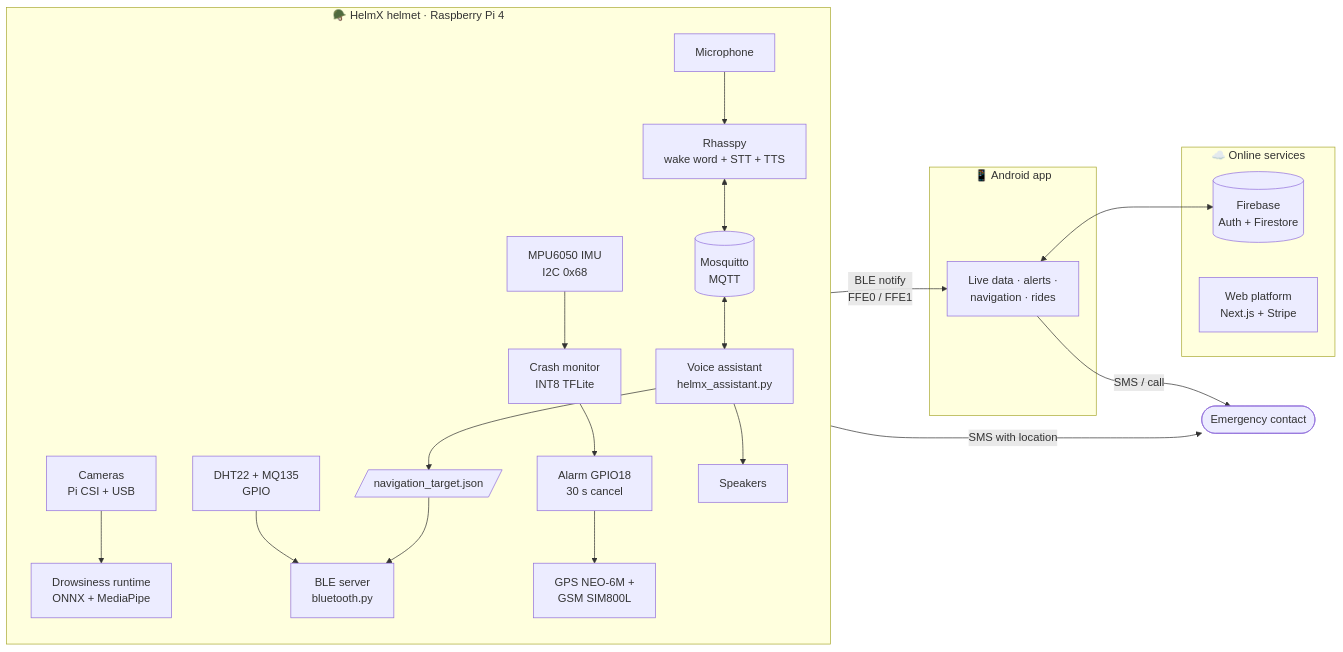
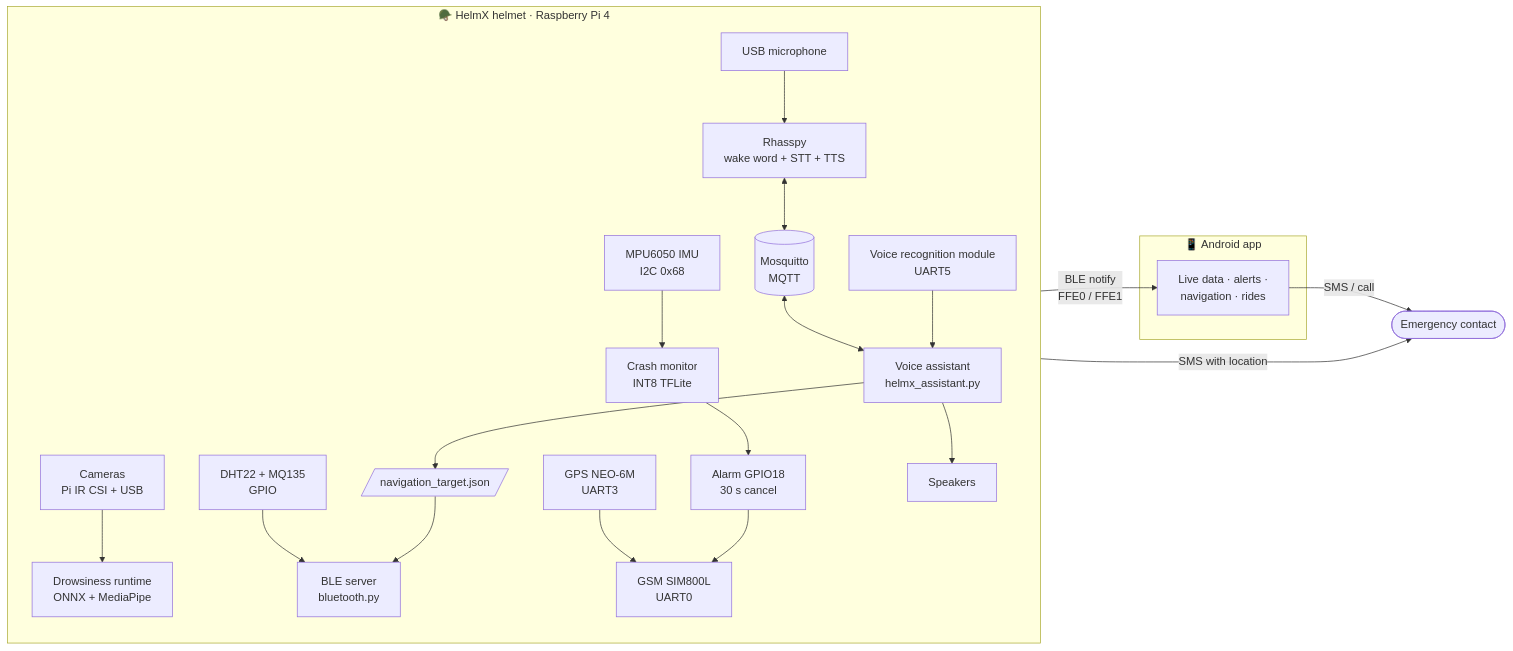
The first of 3 diagrams in README.md (Usman-Azfar/HelmX-AI-Powered-Smart-Helmet), drawn with Mermaid before and after one commit. The commit also changed other lines of this file and 1 other file, not shown here.

First line of the commit message:
Show GPS, GSM and voice recognition module wiring

````diff
--- a/README.md
+++ b/README.md
@@ -164,31 +164,27 @@
 ```mermaid
 flowchart LR
     subgraph Helmet["🪖 HelmX helmet · Raspberry Pi 4"]
         direction TB
         IMU["MPU6050 IMU<br/>I2C 0x68"] --> CRASH["Crash monitor<br/>INT8 TFLite"]
-        CAM["Cameras<br/>Pi CSI + USB"] --> DROWSY["Drowsiness runtime<br/>ONNX + MediaPipe"]
+        CAM["Cameras<br/>Pi IR CSI + USB"] --> DROWSY["Drowsiness runtime<br/>ONNX + MediaPipe"]
         ENV["DHT22 + MQ135<br/>GPIO"] --> BLE["BLE server<br/>bluetooth.py"]
-        MIC["Microphone"] --> RH["Rhasspy<br/>wake word + STT + TTS"]
+        MIC["USB microphone"] --> RH["Rhasspy<br/>wake word + STT + TTS"]
         RH <--> MQTT[("Mosquitto<br/>MQTT")]
         MQTT <--> ASSIST["Voice assistant<br/>helmx_assistant.py"]
+        VRM["Voice recognition module<br/>UART5"] --> ASSIST
         ASSIST --> NAVJSON[/"navigation_target.json"/]
         NAVJSON --> BLE
         CRASH --> ALARM["Alarm GPIO18<br/>30 s cancel"]
-        ALARM --> GSM["GPS NEO-6M +<br/>GSM SIM800L"]
+        GPS["GPS NEO-6M<br/>UART3"] --> GSM
+        ALARM --> GSM["GSM SIM800L<br/>UART0"]
         ASSIST --> SPK["Speakers"]
     end
 
     subgraph Phone["📱 Android app"]
         APP["Live data · alerts ·<br/>navigation · rides"]
     end
 
-    subgraph Cloud["☁️ Online services"]
-        FB[("Firebase<br/>Auth + Firestore")]
-        WEB["Web platform<br/>Next.js + Stripe"]
-    end
-
     BLE -- "BLE notify<br/>FFE0 / FFE1" --> APP
     GSM -- "SMS with location" --> EC(["Emergency contact"])
     APP -- "SMS / call" --> EC
-    APP <--> FB
 ```
````
